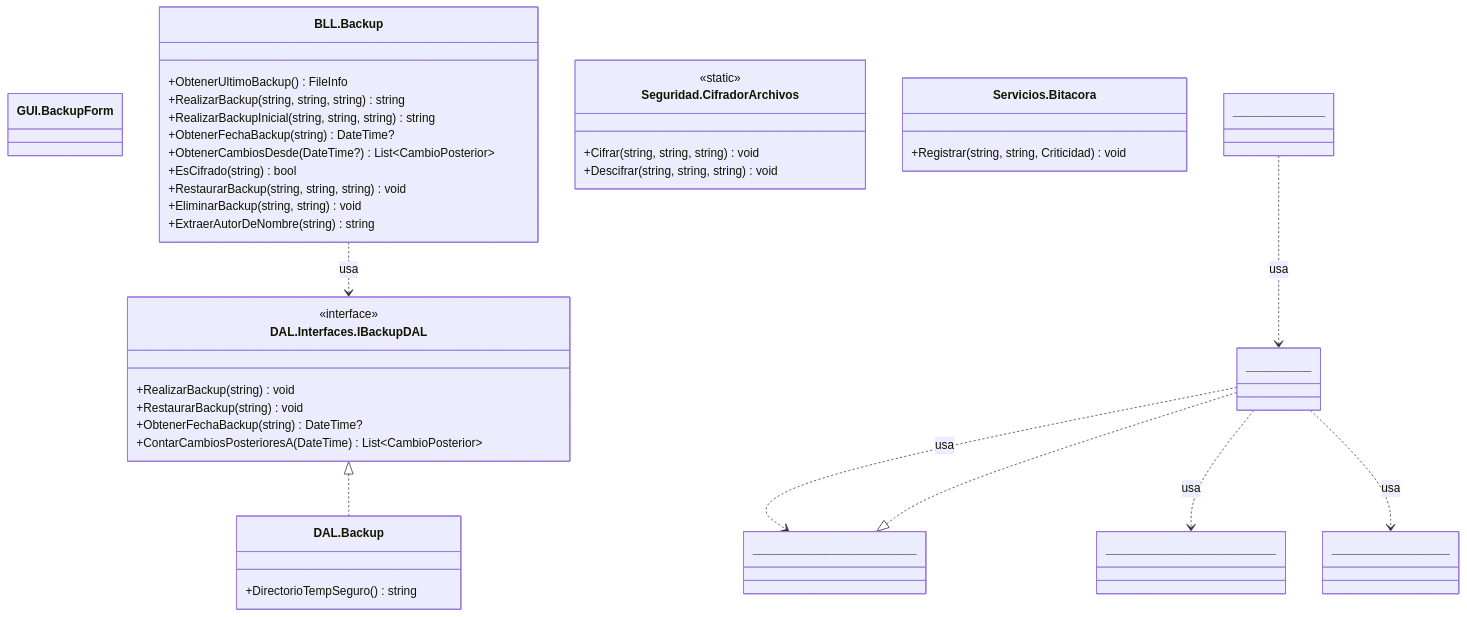
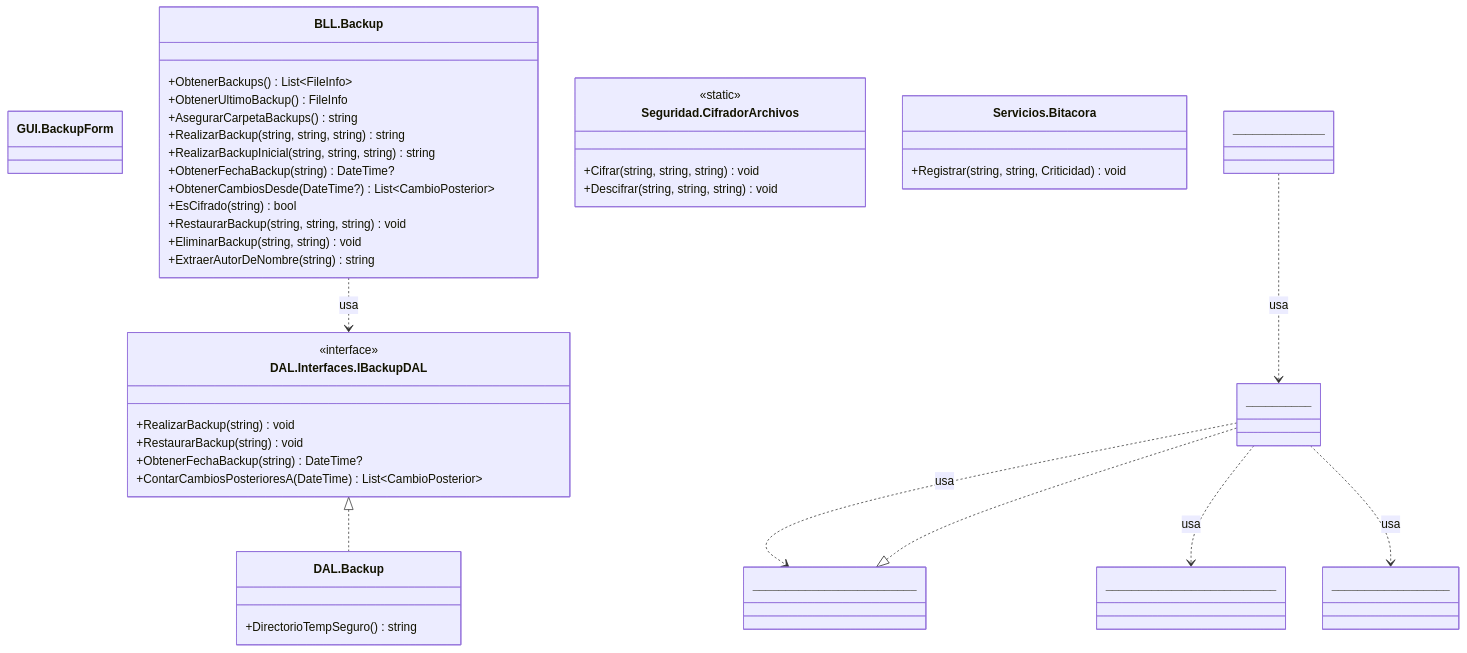
The diagram in docs/diagramas/mermaid/CLASES_T08_backup.mmd (valentinamorana/Trabajo-de-Diploma), drawn with Mermaid before and after one commit. The commit also changed 15 other files, not shown here.

```diff
--- a/docs/diagramas/mermaid/CLASES_T08_backup.mmd
+++ b/docs/diagramas/mermaid/CLASES_T08_backup.mmd
@@ -1,40 +1,42 @@
 classDiagram
   direction TB
   class GUI_BackupForm["GUI.BackupForm"] {
   }
   class BLL_Backup["BLL.Backup"] {
+    +ObtenerBackups() List~FileInfo~
     +ObtenerUltimoBackup() FileInfo
+    +AsegurarCarpetaBackups() string
     +RealizarBackup(string,  string,  string) string
     +RealizarBackupInicial(string,  string,  string) string
     +ObtenerFechaBackup(string) DateTime?
     +ObtenerCambiosDesde(DateTime?) List~CambioPosterior~
     +EsCifrado(string) bool
     +RestaurarBackup(string,  string,  string) void
     +EliminarBackup(string,  string) void
     +ExtraerAutorDeNombre(string) string
   }
   class DAL_Interfaces_IBackupDAL["DAL.Interfaces.IBackupDAL"] {
     <<interface>>
     +RealizarBackup(string) void
     +RestaurarBackup(string) void
     +ObtenerFechaBackup(string) DateTime?
     +ContarCambiosPosterioresA(DateTime) List~CambioPosterior~
   }
   class DAL_Backup["DAL.Backup"] {
     +DirectorioTempSeguro() string
   }
   class Seguridad_CifradorArchivos["Seguridad.CifradorArchivos"] {
     <<static>>
     +Cifrar(string,  string,  string) void
     +Descifrar(string,  string,  string) void
   }
   class Servicios_Bitacora["Servicios.Bitacora"] {
     +Registrar(string,  string,  Criticidad) void
   }
   BLL_Backup ..> DAL_Interfaces_IBackupDAL : usa
   DAL_Interfaces_IBackupDAL <|.. DAL_Backup
   ______________ ..> __________ : usa
   __________ ..> _________________________ : usa
   __________ ..> __________________________ : usa
   __________ ..> __________________ : usa
   _________________________ <|.. __________
```
